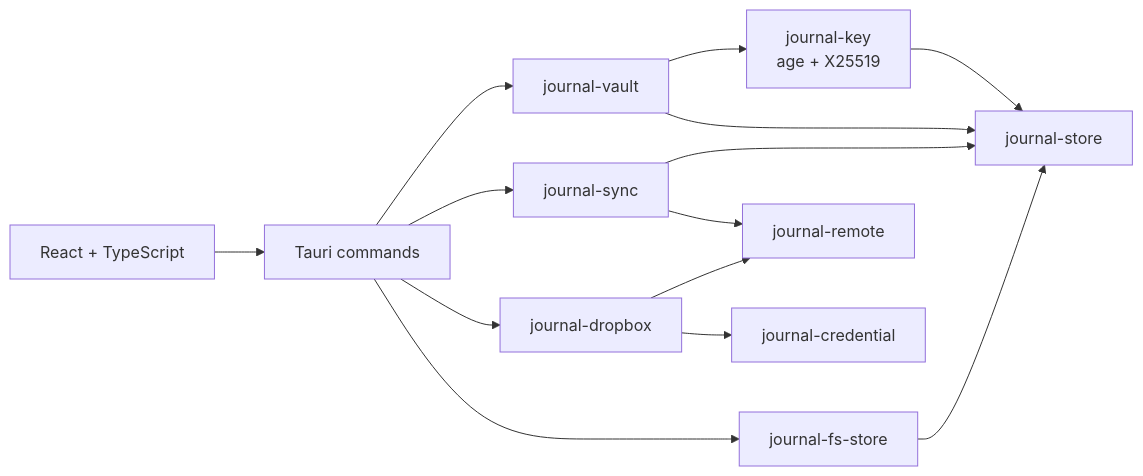
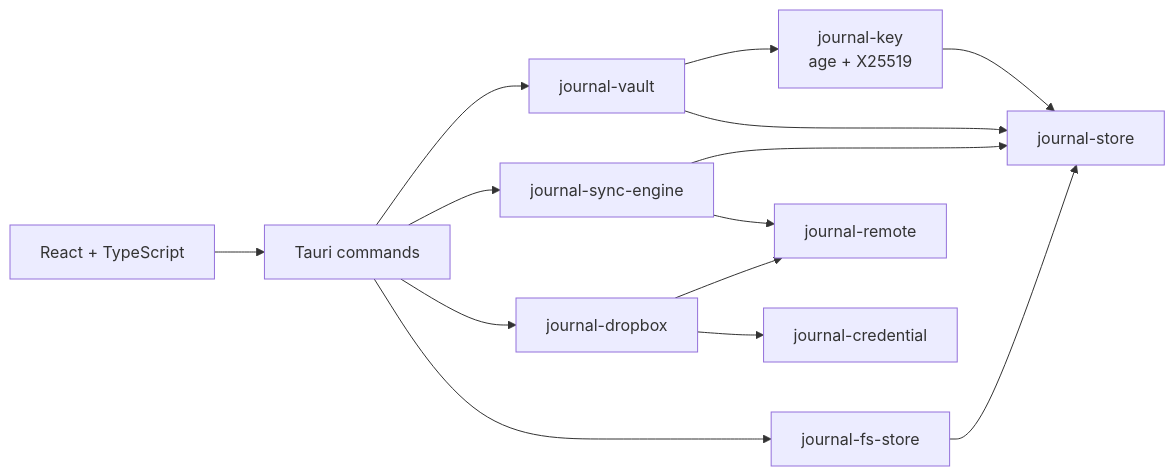
Before and after one commit to f-squirrel/journal: the diagram in README.md, drawn with Mermaid. The commit also changed other lines of this file and 26 other files, not shown here.

Commit message:
refactor(sync): rename journal-sync to journal-sync-engine

````diff
--- a/README.md
+++ b/README.md
@@ -111,17 +111,17 @@
 ```mermaid
 flowchart LR
     UI["React + TypeScript"] --> IPC["Tauri commands"]
     IPC --> Vault["journal-vault"]
-    IPC --> Sync["journal-sync"]
+    IPC --> Sync["journal-sync-engine"]
     IPC --> Dropbox["journal-dropbox"]
     IPC --> FS["journal-fs-store"]
     Vault --> Key["journal-key<br/>age + X25519"]
     Vault --> Store["journal-store"]
     Key --> Store
     FS --> Store
 
     Sync --> Store
     Sync --> Remote["journal-remote"]
     Dropbox --> Remote
     Dropbox --> Credential["journal-credential"]
 ```
````
